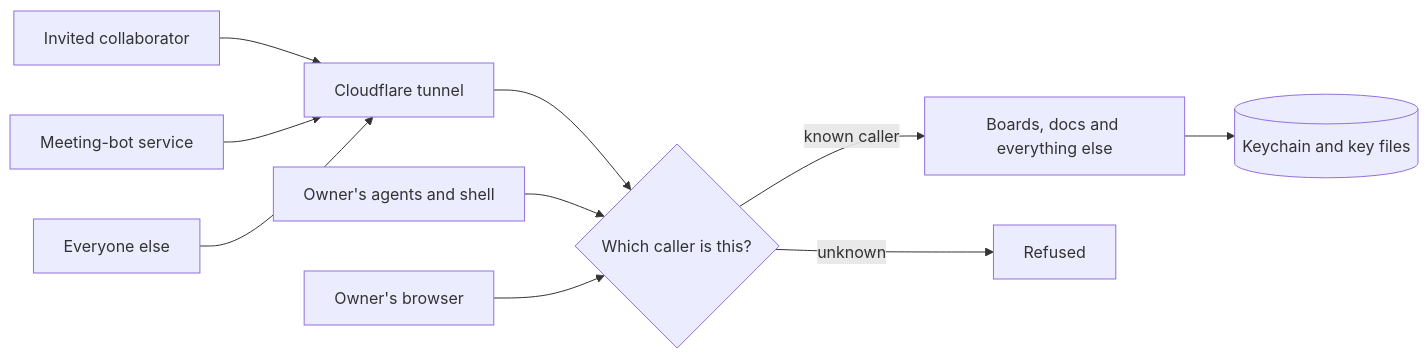
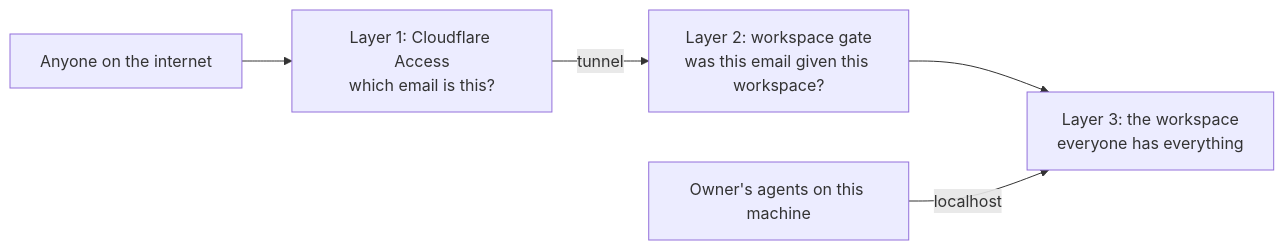
One commit to fryanpan/claude-live-feedback-plugin changed the diagram in docs/architecture/security.md. Above: the diagram before and after it, drawn with Mermaid. The commit also changed other lines of this file, not shown here.

````diff
--- a/docs/architecture/security.md
+++ b/docs/architecture/security.md
@@ -13,23 +33,10 @@
 ```mermaid
 flowchart LR
-  visitor[Invited collaborator]
-  bot[Meeting-bot service]
-  world[Everyone else]
-  tunnel[Cloudflare tunnel]
-  agents[Owner's agents and shell]
-  browser[Owner's browser]
-  gate{Which caller is this?}
-  routes[Boards, docs and everything else]
-  secrets[(Keychain and key files)]
-  refused[Refused]
-
-  visitor --> tunnel
-  bot --> tunnel
-  world --> tunnel
-  tunnel --> gate
-  agents --> gate
-  browser --> gate
-  gate -->|known caller| routes
-  gate -->|unknown| refused
-  routes --> secrets
+  world[Anyone on the internet]
+  access[Layer 1: Cloudflare Access<br/>which email is this?]
+  gate[Layer 2: workspace gate<br/>was this email given this workspace?]
+  ws[Layer 3: the workspace<br/>everyone has everything]
+  agents[Owner's agents on this machine]
+  world --> access -->|tunnel| gate --> ws
+  agents -->|localhost| ws
 ```
````
